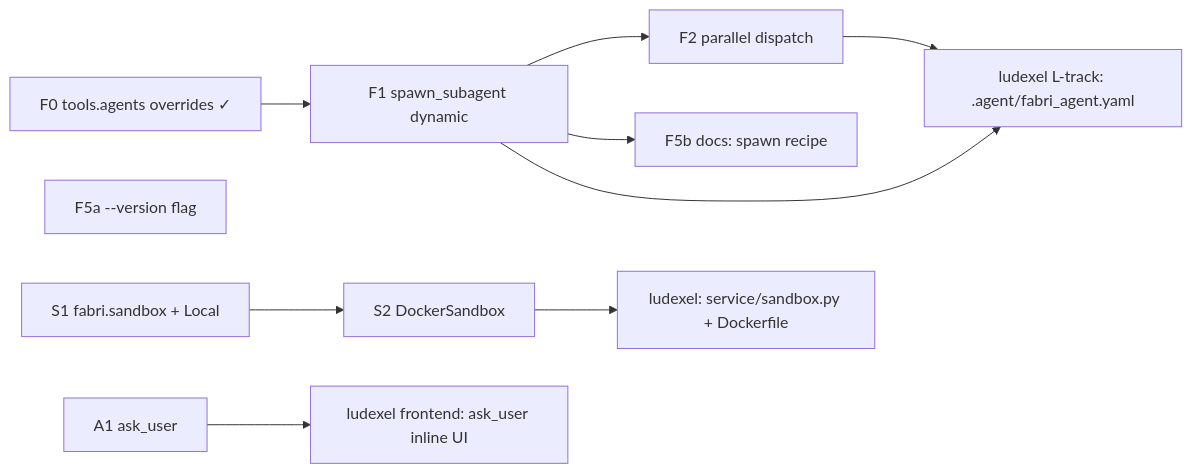
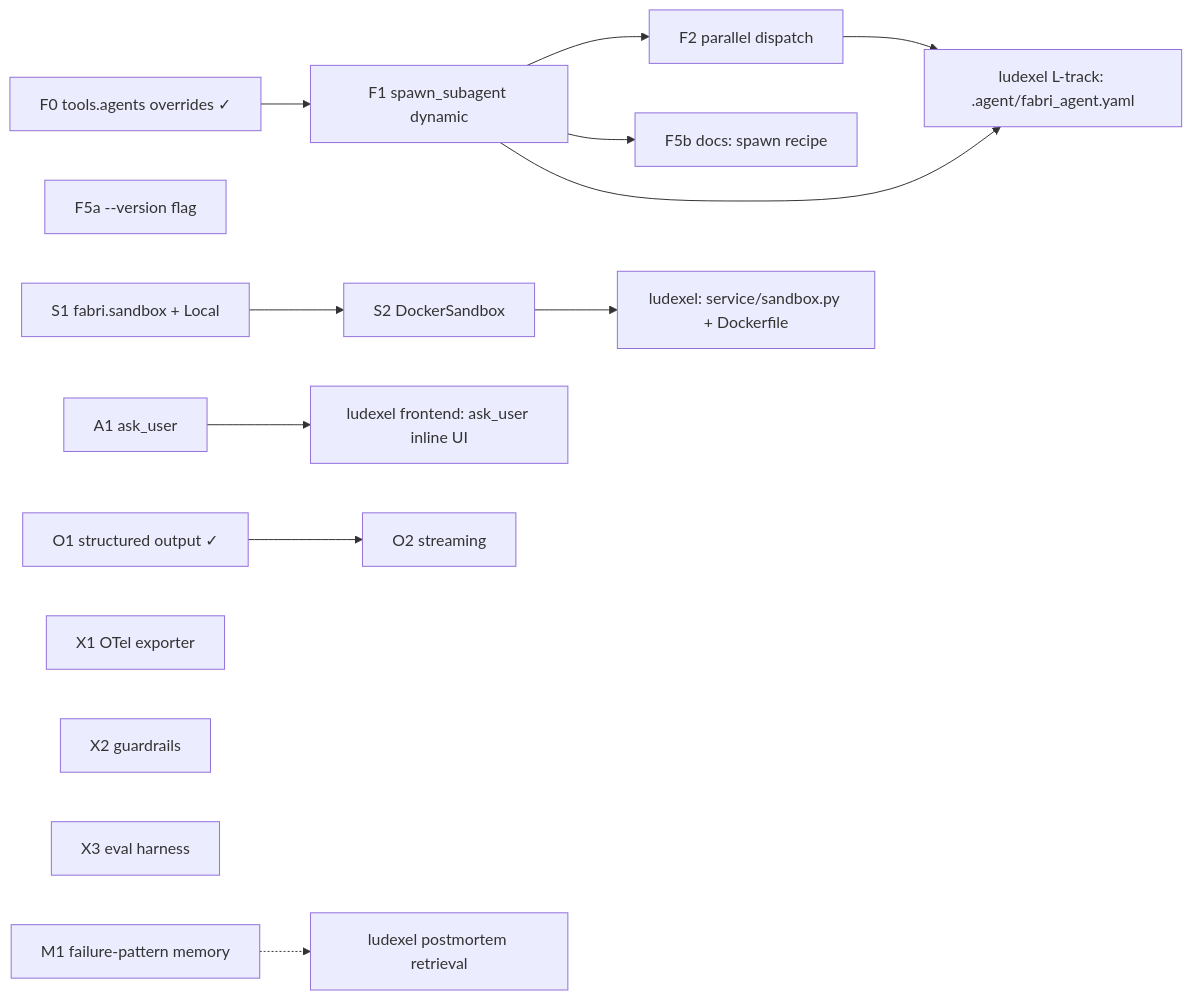
The diagram in docs/ROADMAP.md (Rushour0/fabri), drawn with Mermaid before and after one commit. The commit also changed other lines of this file and 49 other files, not shown here.

First line of the commit message:
Orchestration refactor, postmortem memory, + pending O1/security work

````diff
--- a/docs/ROADMAP.md
+++ b/docs/ROADMAP.md
@@ -66,12 +100,17 @@
 ```mermaid
 flowchart LR
     F0[F0 tools.agents overrides ✓] --> F1[F1 spawn_subagent dynamic]
     F1 --> F2[F2 parallel dispatch]
     F1 --> F5b[F5b docs: spawn recipe]
     F5a[F5a --version flag]
     S1[S1 fabri.sandbox + Local] --> S2[S2 DockerSandbox]
     F1 --> LX[ludexel L-track: .agent/fabri_agent.yaml]
     F2 --> LX
     S2 --> LXS[ludexel: service/sandbox.py + Dockerfile]
     A1[A1 ask_user] --> LXFE[ludexel frontend: ask_user inline UI]
+    O1[O1 structured output ✓] --> O2[O2 streaming]
+    X1[X1 OTel exporter]
+    X2[X2 guardrails]
+    X3[X3 eval harness]
+    M1[M1 failure-pattern memory] -.-> LXPM[ludexel postmortem retrieval]
 ```
````
